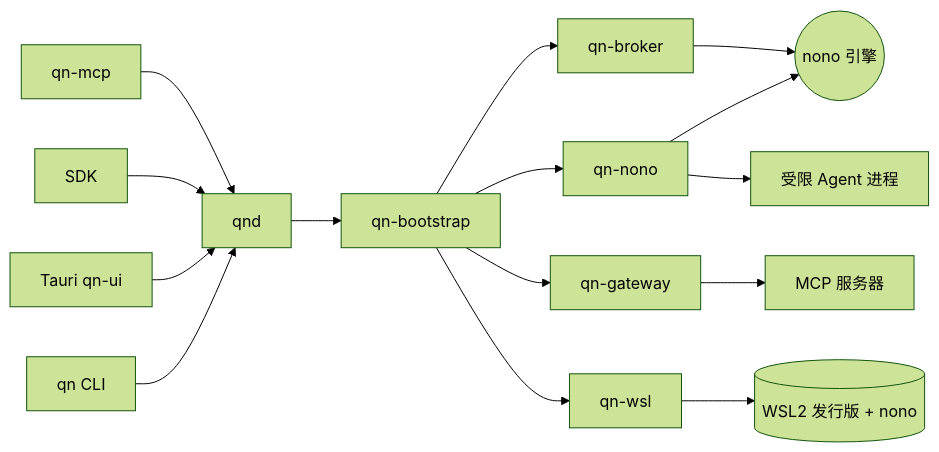
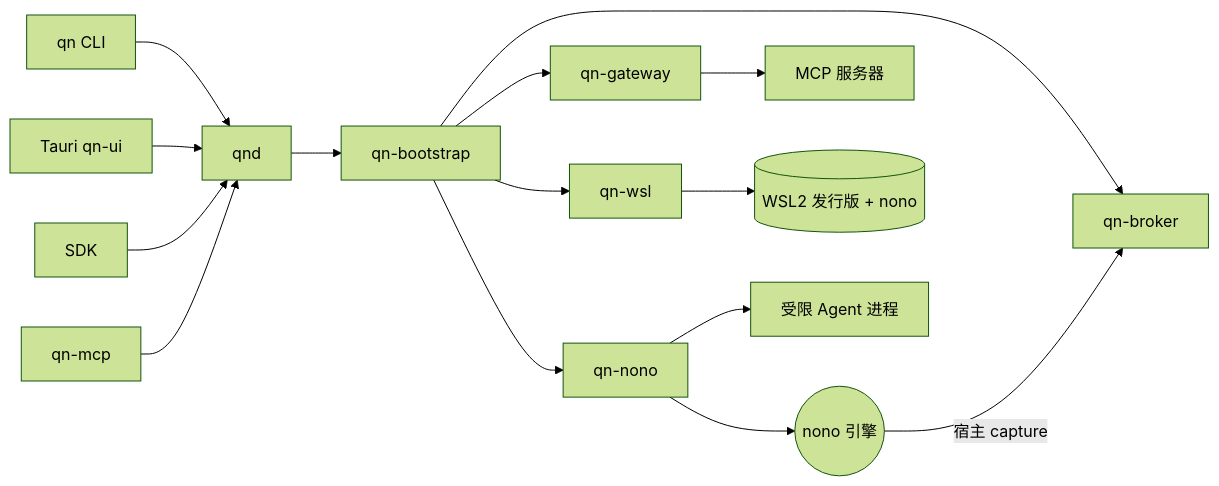
One commit to gac0812/qn-sandbox changed the second of 2 diagrams in docs/architecture-breakdown.md. Above: the diagram before and after it, drawn with Mermaid (forest theme). The commit also changed other lines of this file and 2 other files, not shown here.

First line of the commit message:
security: docs(architecture): adopt runtime and broker constraints (#64)

````diff
--- a/docs/architecture-breakdown.md
+++ b/docs/architecture-breakdown.md
@@ -56,13 +56,14 @@
 ```mermaid
 flowchart LR
     CLI[qn CLI] --> D[qnd]
     UI[Tauri qn-ui] --> D
     SDK[SDK] --> D
     MCP[qn-mcp] --> D
     D --> BS[qn-bootstrap]
     BS --> N[qn-nono] --> NONO((nono 引擎))
-    BS --> B[qn-broker] --> NONO
+    BS --> B[qn-broker]
+    NONO -->|宿主 capture| B
     BS --> G[qn-gateway] --> NET2[MCP 服务器]
     BS --> W[qn-wsl] --> DISTRO[(WSL2 发行版 + nono)]
     N --> AG[受限 Agent 进程]
 ```
````
